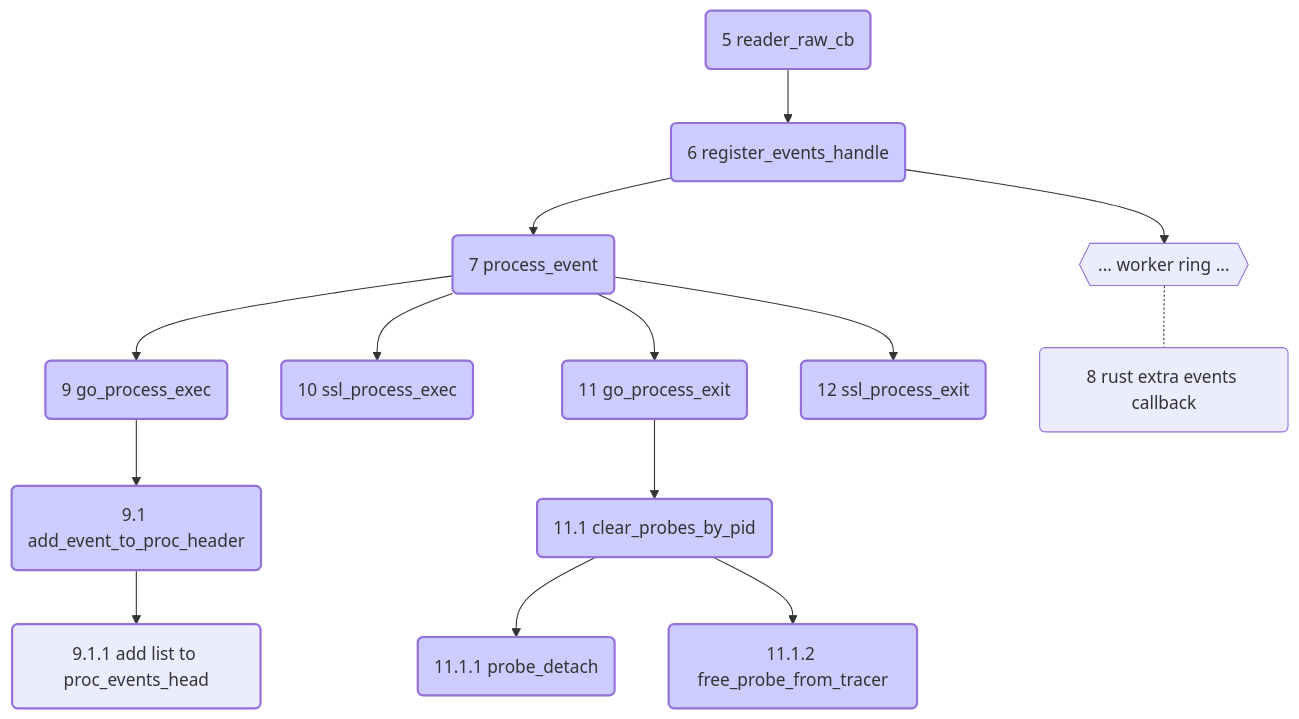
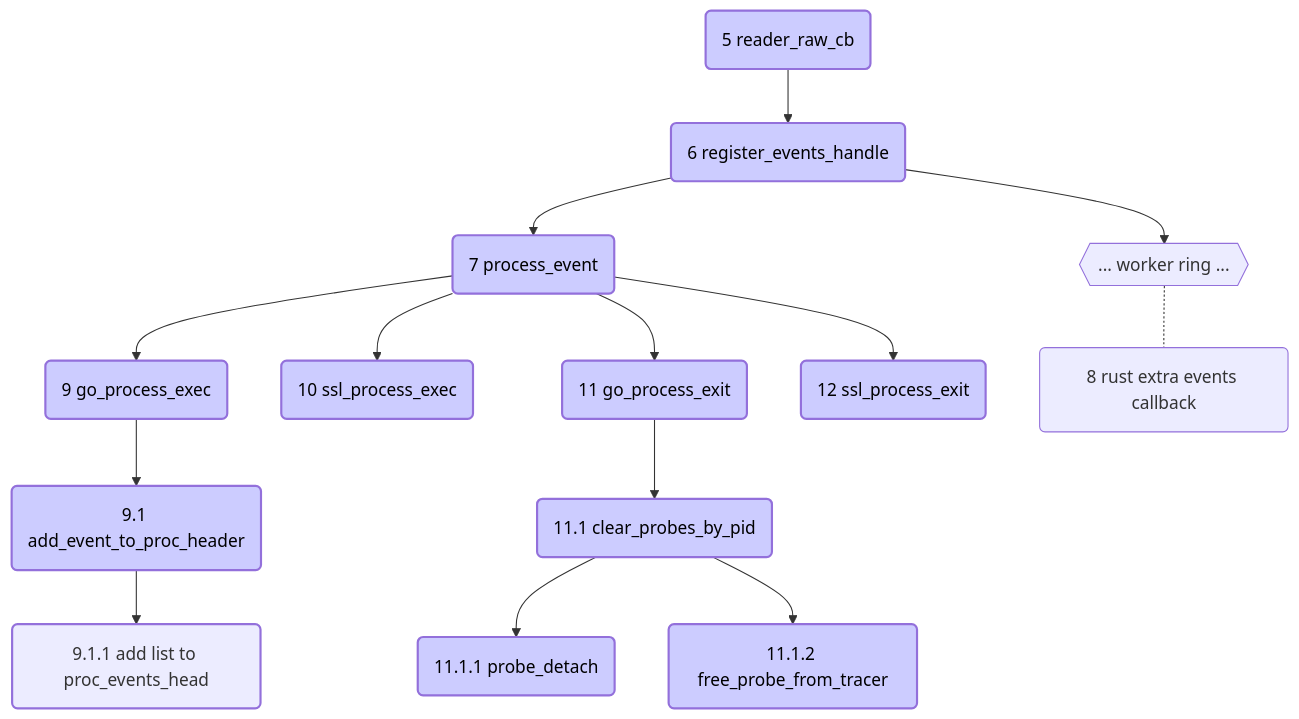
One commit to deepflowio/deepflow changed the sixth of 7 diagrams in agent/src/ebpf/README.md. Above: the diagram before and after it, drawn with Mermaid. The commit also changed other lines of this file, not shown here.

Commit message:
[eBPF] Update readme for flowchart drawing

````diff
--- a/agent/src/ebpf/README.md
+++ b/agent/src/ebpf/README.md
@@ -393,28 +392,28 @@
 ```mermaid
 graph TD
-    style reader_raw_cb fill:#ccff, stroke-width:2px
-    style register_events_handle fill:#ccff, stroke-width:2px
-    style process_event fill:#ccff, stroke-width:2px
-    style go_process_exec fill:#ccff, stroke-width:2px
-    style ssl_process_exec fill:#ccff, stroke-width:2px
-    style go_process_exit fill:#ccff, stroke-width:2px
-    style ssl_process_exit fill:#ccff, stroke-width:2px
-    style add_event_to_proc_header fill:#ccff, stroke-width:2px
+    style reader_raw_cb fill:#ccff,color:#000, stroke-width:2px
+    style register_events_handle fill:#ccff,color:#000, stroke-width:2px
+    style process_event fill:#ccff,color:#000, stroke-width:2px
+    style go_process_exec fill:#ccff,color:#000, stroke-width:2px
+    style ssl_process_exec fill:#ccff,color:#000, stroke-width:2px
+    style go_process_exit fill:#ccff,color:#000, stroke-width:2px
+    style ssl_process_exit fill:#ccff,color:#000, stroke-width:2px
+    style add_event_to_proc_header fill:#ccff,color:#000, stroke-width:2px
     style list_add_tail stroke-width:2px
-    style clear_probes_by_pid  fill:#ccff, stroke-width:2px
-    style probe_detach fill:#ccff, stroke-width:2px
-    style free_probe_from_tracer fill:#ccff, stroke-width:2px
+    style clear_probes_by_pid  fill:#ccff,color:#000, stroke-width:2px
+    style probe_detach fill:#ccff,color:#000, stroke-width:2px
+    style free_probe_from_tracer fill:#ccff,color:#000, stroke-width:2px
     reader_raw_cb(5 reader_raw_cb)
     reader_raw_cb-->register_events_handle(6 register_events_handle)
     register_events_handle-->process_event(7 process_event)
     register_events_handle-->worker_ring{{... worker ring ...}}-.-rust_extra_events_callback(8 rust extra events callback)
     process_event-->go_process_exec(9 go_process_exec)
     process_event-->ssl_process_exec(10 ssl_process_exec)
     process_event-->go_process_exit(11 go_process_exit)
     process_event-->ssl_process_exit(12 ssl_process_exit)
     go_process_exec-->add_event_to_proc_header(9.1 add_event_to_proc_header)
     add_event_to_proc_header-->list_add_tail(9.1.1 add list to proc_events_head)
     go_process_exit-->clear_probes_by_pid(11.1 clear_probes_by_pid)
     clear_probes_by_pid-->probe_detach(11.1.1 probe_detach)
     clear_probes_by_pid-->free_probe_from_tracer(11.1.2 free_probe_from_tracer)
 ```
````
